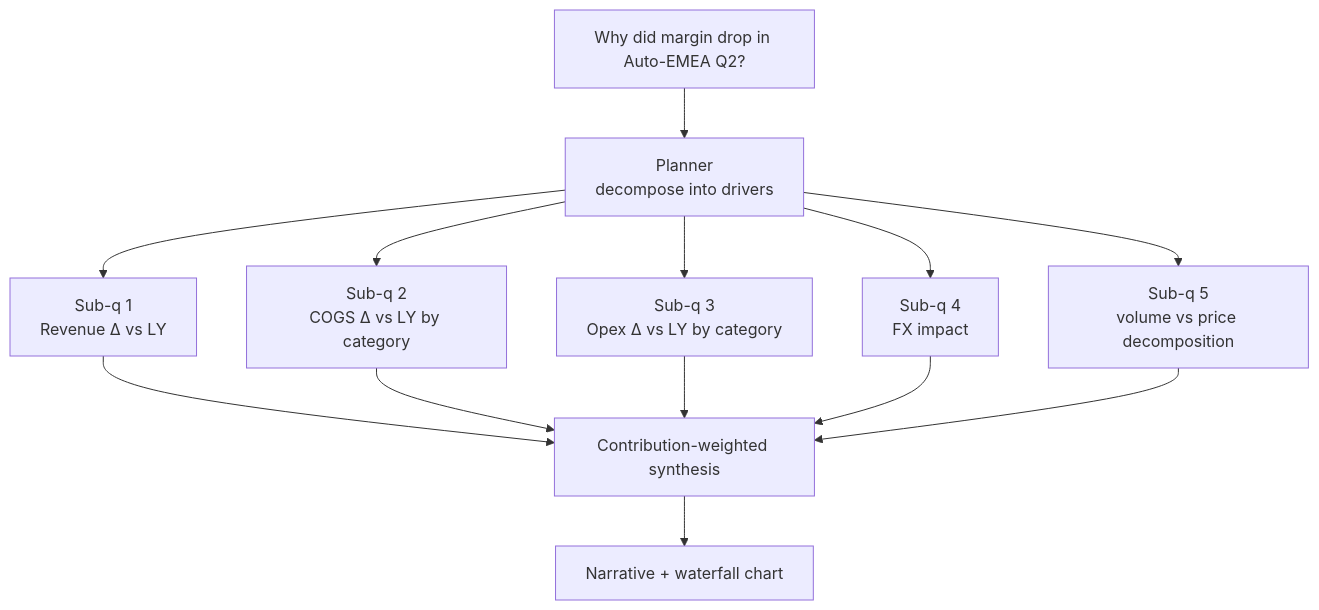
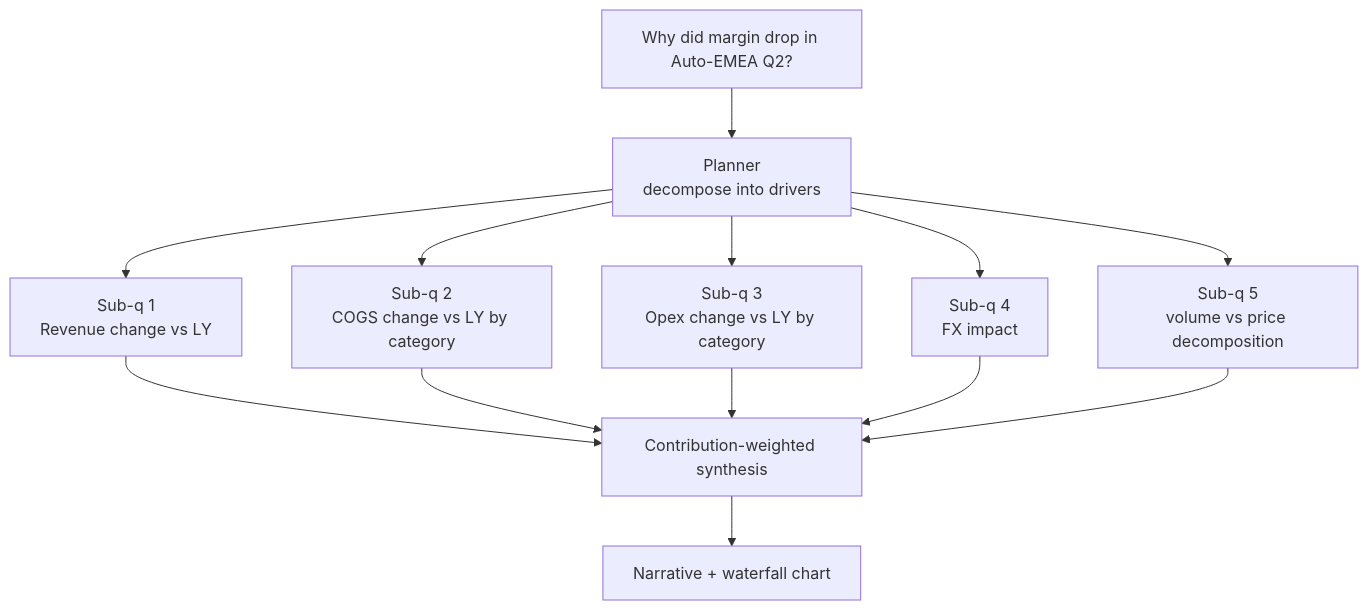
One commit to anhnguyendev2107-dev/ask-finance changed the eighth of 8 diagrams in web/lib/docs/future.md. Above: the diagram before and after it, drawn with Mermaid. The commit also changed other lines of this file and 2 other files, not shown here.

````diff
--- a/web/lib/docs/future.md
+++ b/web/lib/docs/future.md
@@ -266,25 +266,25 @@
 ```mermaid
 flowchart TD
-  Q[Why did margin drop in Auto-EMEA Q2?]
+  Q["Why did margin drop in Auto-EMEA Q2?"]
   Plan["Planner<br/>decompose into drivers"]
-  Q1["Sub-q 1<br/>Revenue Δ vs LY"]
-  Q2["Sub-q 2<br/>COGS Δ vs LY by category"]
-  Q3["Sub-q 3<br/>Opex Δ vs LY by category"]
+  Q1["Sub-q 1<br/>Revenue change vs LY"]
+  Q2["Sub-q 2<br/>COGS change vs LY by category"]
+  Q3["Sub-q 3<br/>Opex change vs LY by category"]
   Q4["Sub-q 4<br/>FX impact"]
   Q5["Sub-q 5<br/>volume vs price decomposition"]
-  Synth[Contribution-weighted synthesis]
-  Narr[Narrative + waterfall chart]
+  Synth["Contribution-weighted synthesis"]
+  Narr["Narrative + waterfall chart"]
 
   Q --> Plan
   Plan --> Q1
   Plan --> Q2
   Plan --> Q3
   Plan --> Q4
   Plan --> Q5
   Q1 --> Synth
   Q2 --> Synth
   Q3 --> Synth
   Q4 --> Synth
   Q5 --> Synth
   Synth --> Narr
 ```
````
